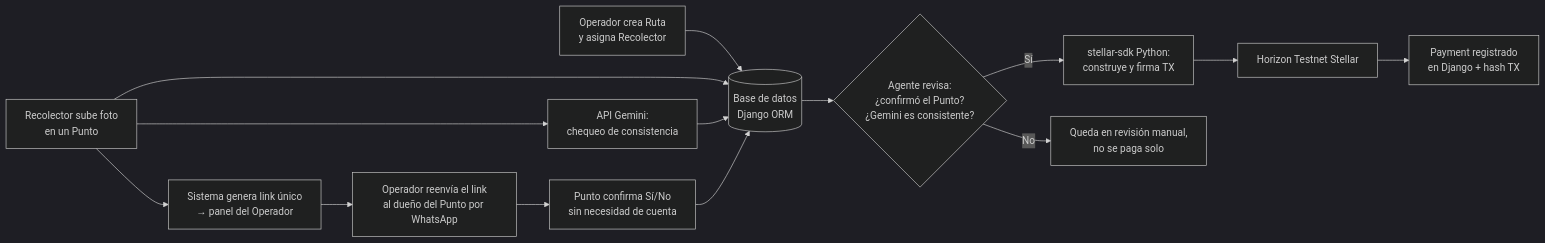
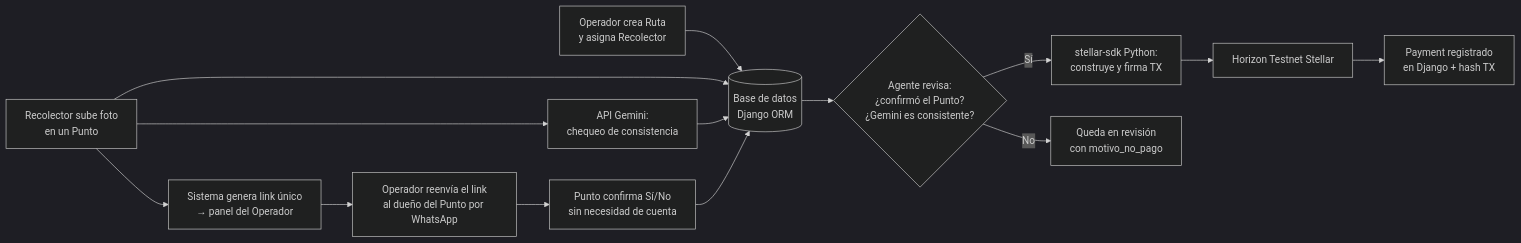
The diagram in docs/architecture.md (luislinodev/AgenteKipu), drawn with Mermaid (dark theme) before and after one commit. The commit also changed other lines of this file and 5 other files, not shown here.

````diff
--- a/docs/architecture.md
+++ b/docs/architecture.md
@@ -28,16 +28,16 @@
 ```mermaid
 flowchart LR
     A[Operador crea Ruta<br/>y asigna Recolector] --> B[(Base de datos<br/>Django ORM)]
     C[Recolector sube foto<br/>en un Punto] --> B
     C --> D[API Gemini:<br/>chequeo de consistencia]
     D --> B
     C --> E[Sistema genera link único<br/>→ panel del Operador]
     E --> F[Operador reenvía el link<br/>al dueño del Punto por WhatsApp]
     F --> G[Punto confirma Sí/No<br/>sin necesidad de cuenta]
     G --> B
     B --> H{Agente revisa:<br/>¿confirmó el Punto?<br/>¿Gemini es consistente?}
     H -- Sí --> I[stellar-sdk Python:<br/>construye y firma TX]
     I --> J[Horizon Testnet Stellar]
     J --> K[Payment registrado<br/>en Django + hash TX]
-    H -- No --> L[Queda en revisión manual,<br/>no se paga solo]
+    H -- No --> L[Queda en revisión<br/>con motivo_no_pago]
 ```
````
